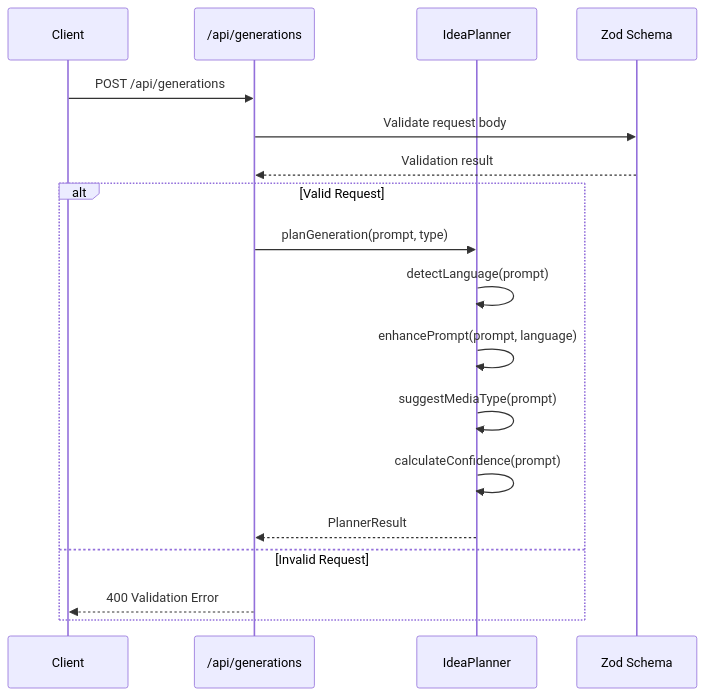
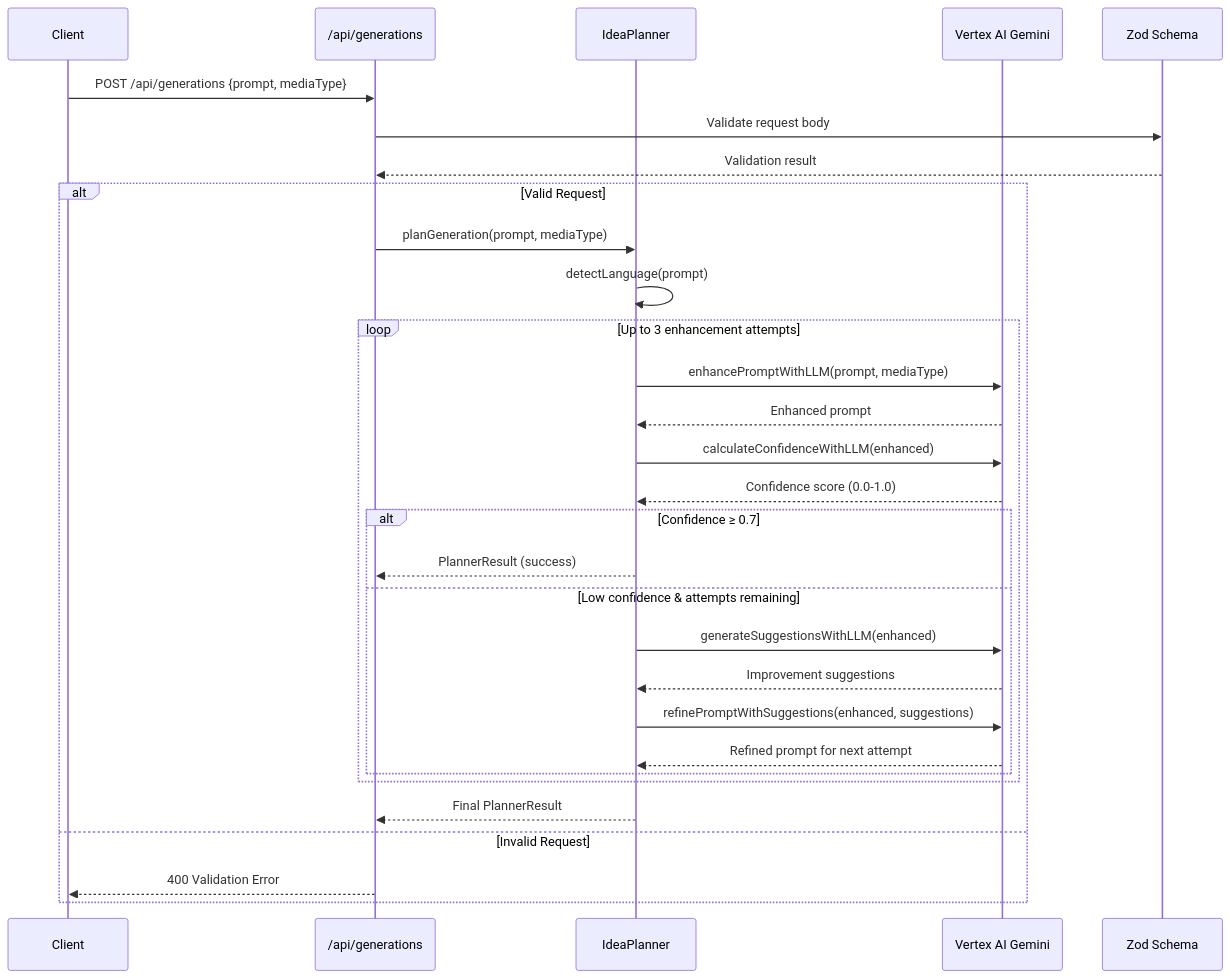
Before and after one commit to ryoshumei/what-if-ver-zenn-hackathon: the second of 7 diagrams in docs/ai-agent-workflow-analysis.md, drawn with Mermaid. The commit also changed other lines of this file and 1 other file, not shown here.

Commit message:
`docs,ci: update AI workflow with iterative prompt enhancement; simplify Cloud Run SA flag handling`

````diff
--- a/docs/ai-agent-workflow-analysis.md
+++ b/docs/ai-agent-workflow-analysis.md
@@ -61,22 +72,37 @@
 ```mermaid
 sequenceDiagram
     participant Client
     participant API as /api/generations
     participant Planner as IdeaPlanner
+    participant LLM as Vertex AI Gemini
     participant Validator as Zod Schema
 
-    Client->>API: POST /api/generations
+    Client->>API: POST /api/generations {prompt, mediaType}
     API->>Validator: Validate request body
     Validator-->>API: Validation result
 
     alt Valid Request
-        API->>Planner: planGeneration(prompt, type)
+        API->>Planner: planGeneration(prompt, mediaType)
         Planner->>Planner: detectLanguage(prompt)
-        Planner->>Planner: enhancePrompt(prompt, language)
-        Planner->>Planner: suggestMediaType(prompt)
-        Planner->>Planner: calculateConfidence(prompt)
-        Planner-->>API: PlannerResult
+
+        loop Up to 3 enhancement attempts
+            Planner->>LLM: enhancePromptWithLLM(prompt, mediaType)
+            LLM-->>Planner: Enhanced prompt
+            Planner->>LLM: calculateConfidenceWithLLM(enhanced)
+            LLM-->>Planner: Confidence score (0.0-1.0)
+
+            alt Confidence ≥ 0.7
+                Planner-->>API: PlannerResult (success)
+            else Low confidence & attempts remaining
+                Planner->>LLM: generateSuggestionsWithLLM(enhanced)
+                LLM-->>Planner: Improvement suggestions
+                Planner->>LLM: refinePromptWithSuggestions(enhanced, suggestions)
+                LLM-->>Planner: Refined prompt for next attempt
+            end
+        end
+
+        Planner-->>API: Final PlannerResult
     else Invalid Request
         API-->>Client: 400 Validation Error
     end
 ```
````
